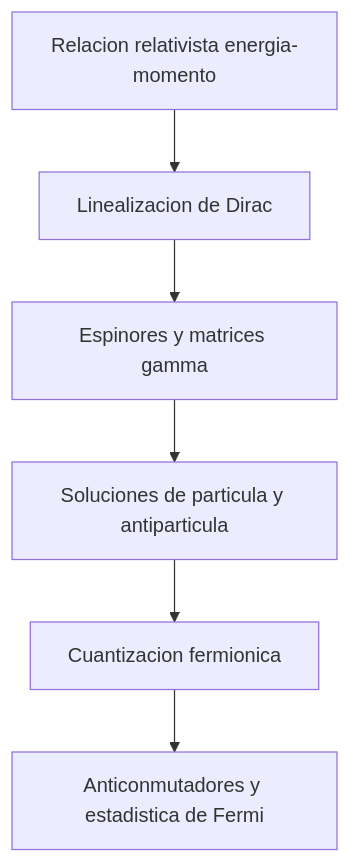
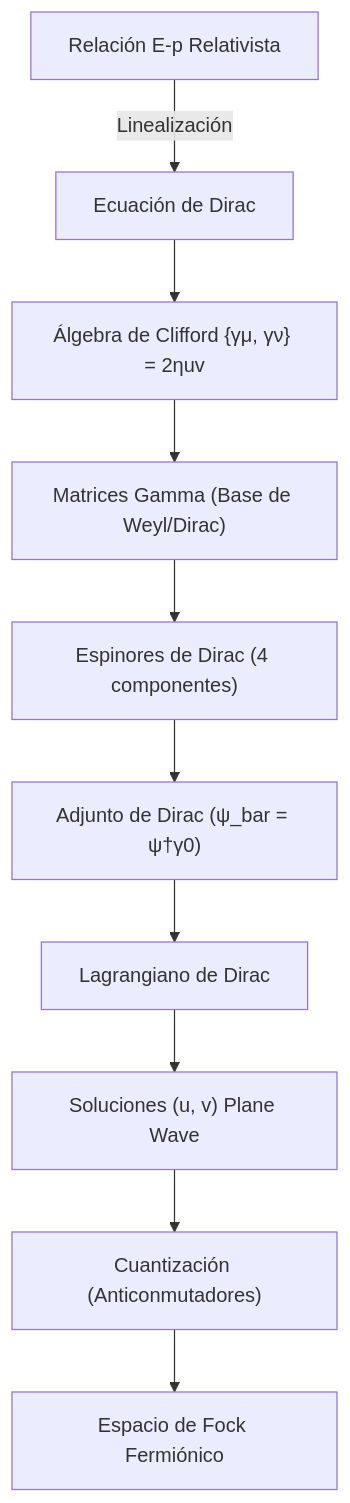
The diagram in Tutorial/06_fermiones_y_dirac/README.md (LegalIntermediaSL/QFT), drawn with Mermaid before and after one commit. The commit also changed other lines of this file and 10 other files, not shown here.

````diff
--- a/Tutorial/06_fermiones_y_dirac/README.md
+++ b/Tutorial/06_fermiones_y_dirac/README.md
@@ -14,8 +12,12 @@
 ```mermaid
 flowchart TD
-    A["Relacion relativista energia-momento"] --> B["Linealizacion de Dirac"]
-    B --> C["Espinores y matrices gamma"]
-    C --> D["Soluciones de particula y antiparticula"]
-    D --> E["Cuantizacion fermionica"]
-    E --> F["Anticonmutadores y estadistica de Fermi"]
+    A["Relación E-p Relativista"] -- "Linealización" --> B["Ecuación de Dirac"]
+    B --> C["Álgebra de Clifford {γμ, γν} = 2ηuv"]
+    C --> D["Matrices Gamma (Base de Weyl/Dirac)"]
+    D --> E["Espinores de Dirac (4 componentes)"]
+    E --> F["Adjunto de Dirac (ψ_bar = ψ†γ0)"]
+    F --> G["Lagrangiano de Dirac"]
+    G --> H["Soluciones (u, v) Plane Wave"]
+    H --> I["Cuantización (Anticonmutadores)"]
+    I --> J["Espacio de Fock Fermiónico"]
 ```
````
